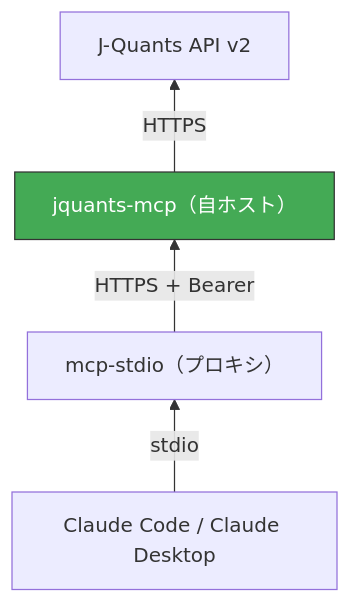
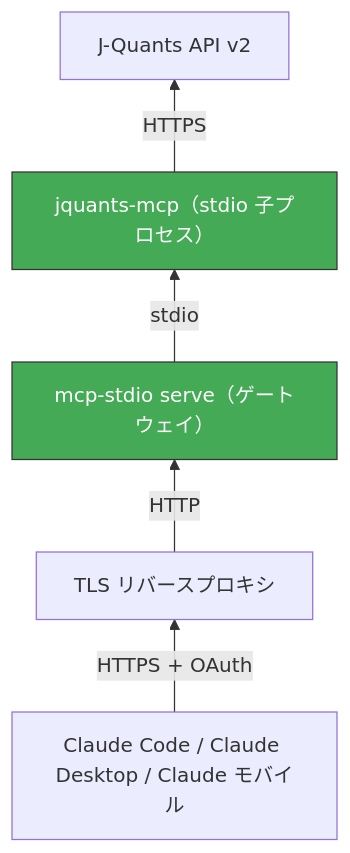
The fourth of 5 diagrams in docs/deploy/README.ja.md (shigechika/jquants-mcp), drawn with Mermaid before and after one commit. The commit also changed other lines of this file and 14 other files, not shown here.

First line of the commit message:
docs: stop documenting the deleted HTTP/OAuth surface (#605)

````diff
--- a/docs/deploy/README.ja.md
+++ b/docs/deploy/README.ja.md
@@ -79,13 +83,16 @@
 ```mermaid
 graph BT
-    D["J-Quants API v2"]
-    C["jquants-mcp（自ホスト）"]
-    B["mcp-stdio（プロキシ）"]
-    A["Claude Code / Claude Desktop"]
+    E["J-Quants API v2"]
+    D["jquants-mcp（stdio 子プロセス）"]
+    C["mcp-stdio serve（ゲートウェイ）"]
+    B["TLS リバースプロキシ"]
+    A["Claude Code / Claude Desktop / Claude モバイル"]
 
-    A -->|stdio| B
-    B -->|"HTTPS + Bearer"| C
-    C -->|HTTPS| D
+    A -->|"HTTPS + OAuth"| B
+    B -->|HTTP| C
+    C -->|stdio| D
+    D -->|HTTPS| E
 
     style C fill:#4a5,stroke:#333,color:#fff
+    style D fill:#4a5,stroke:#333,color:#fff
 ```
````
